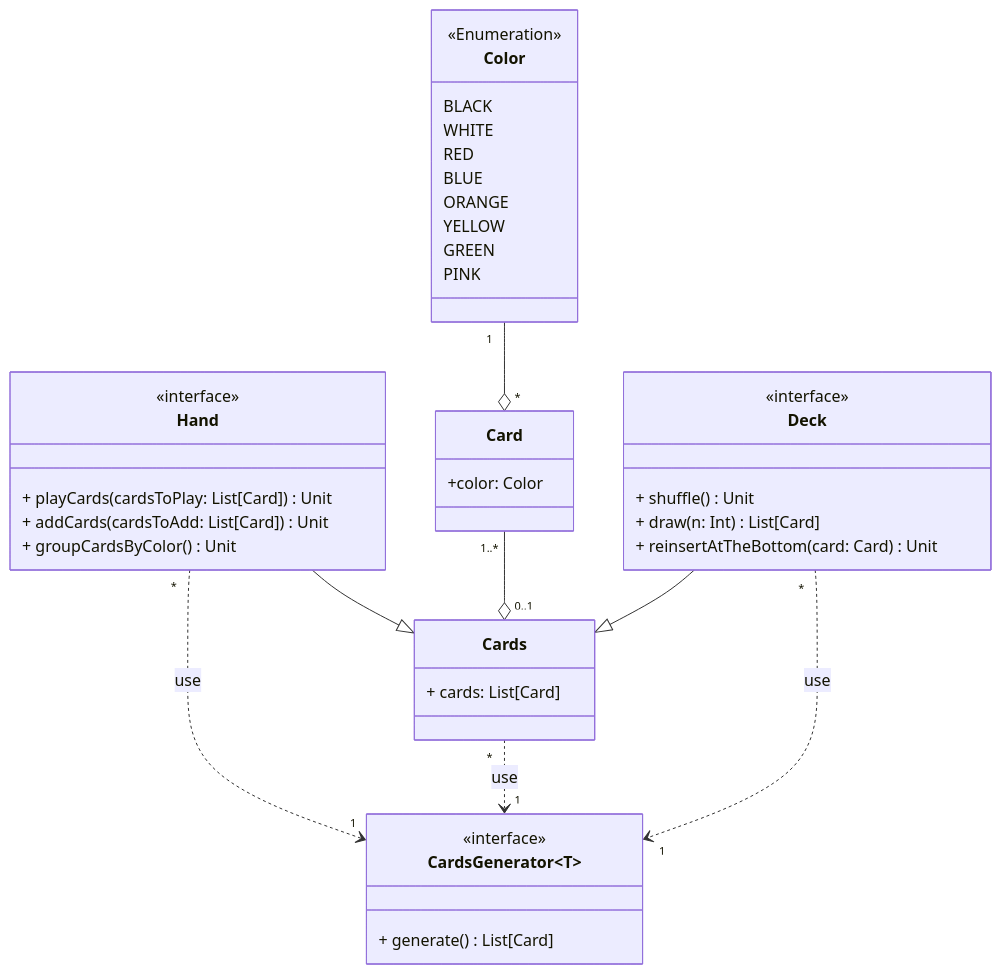
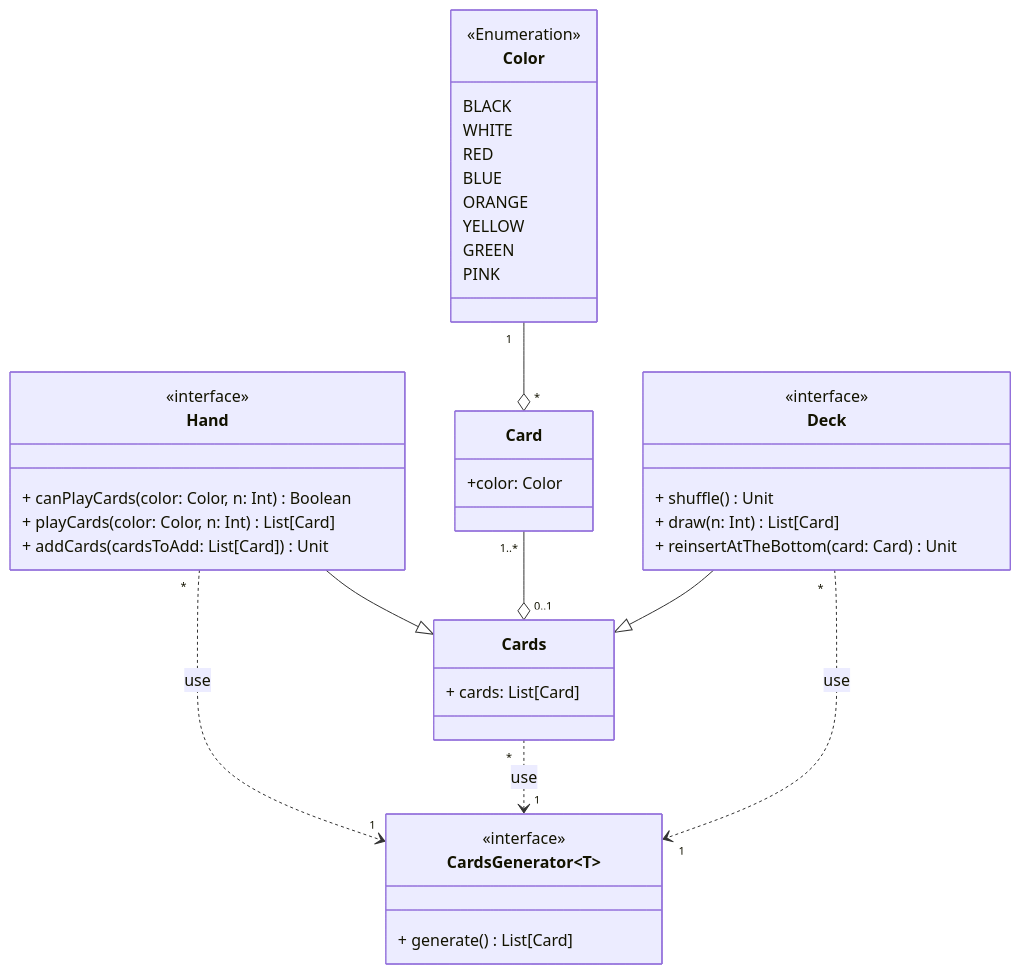
Before and after one commit to FilippoPracucci/PPS-24-ttr-scala: the diagram in docs/cards.md, drawn with Mermaid. The commit also changed other lines of this file and 1 other file, not shown here.

Commit message:
docs: update cards and player design and description

````diff
--- a/docs/cards.md
+++ b/docs/cards.md
@@ -19,48 +36,48 @@
 ```mermaid
 ---
 config:
   class:
     hideEmptyMembersBox: true
 ---
 classDiagram
     Hand --|> Cards
     Color "1" --o "*" Card
     Card "1..*" --o "0..1" Cards
     Hand "*" ..> "1" CardsGenerator~T~: use
     Cards "*" ..> "1" CardsGenerator~T~: use
     Deck --|> Cards
     Deck "*" ..> "1" CardsGenerator~T~: use
     class Color {
         <<Enumeration>>
         BLACK
         WHITE
         RED
         BLUE
         ORANGE
         YELLOW
         GREEN
         PINK
     }
     class Card {
         +color: Color
     }
     class CardsGenerator~T~ {
         <<interface>>
         + generate() List[Card]
     }
     class Cards {
         + cards: List[Card]
     }
     class Deck {
         <<interface>>
         + shuffle() Unit
         + draw(n: Int) List[Card]
         + reinsertAtTheBottom(card: Card) Unit
     }
     class Hand {
         <<interface>>
-        + playCards(cardsToPlay: List[Card]) Unit
+        + canPlayCards(color: Color, n: Int) Boolean
+        + playCards(color: Color, n: Int) List[Card]
         + addCards(cardsToAdd: List[Card]) Unit
-        + groupCardsByColor() Unit
     }
 ```
````
